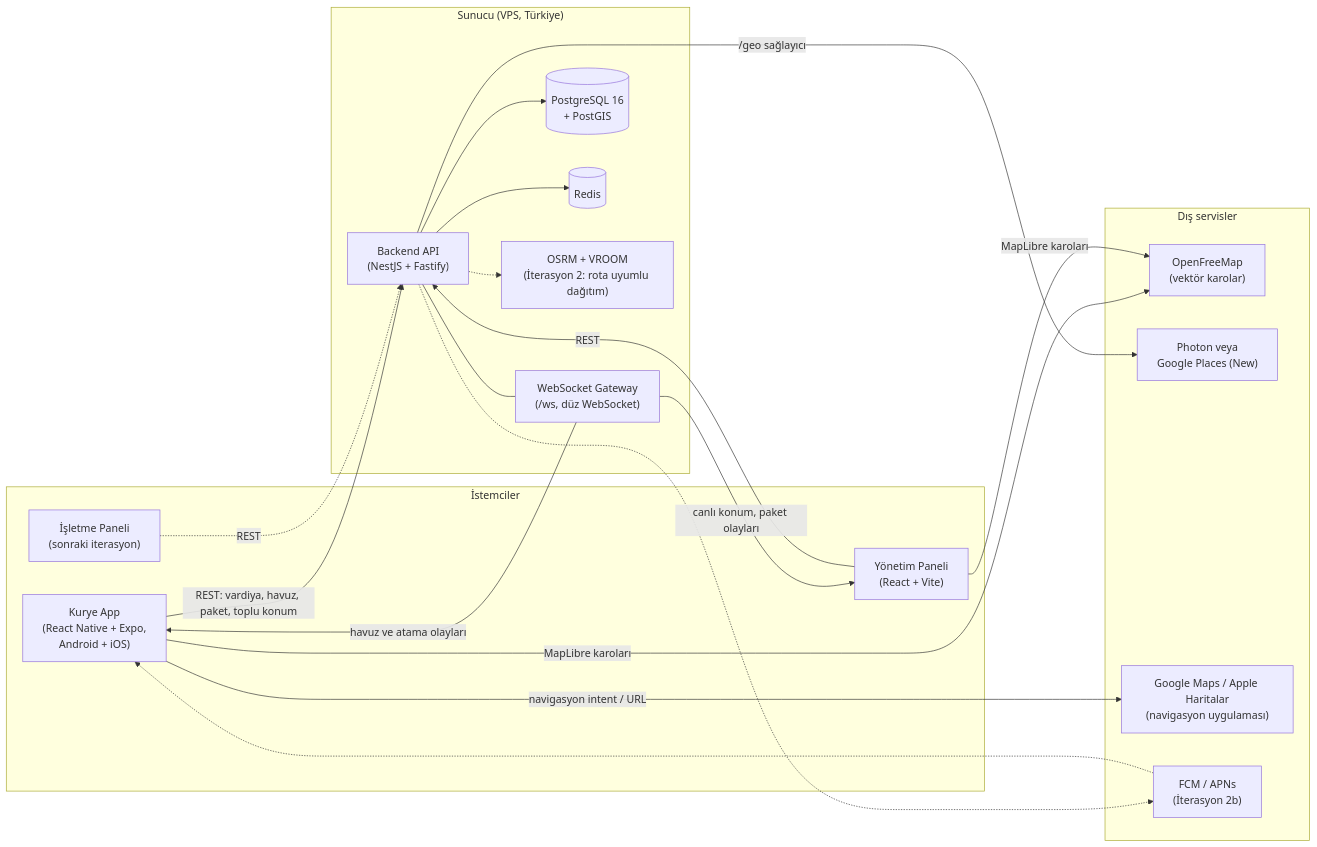
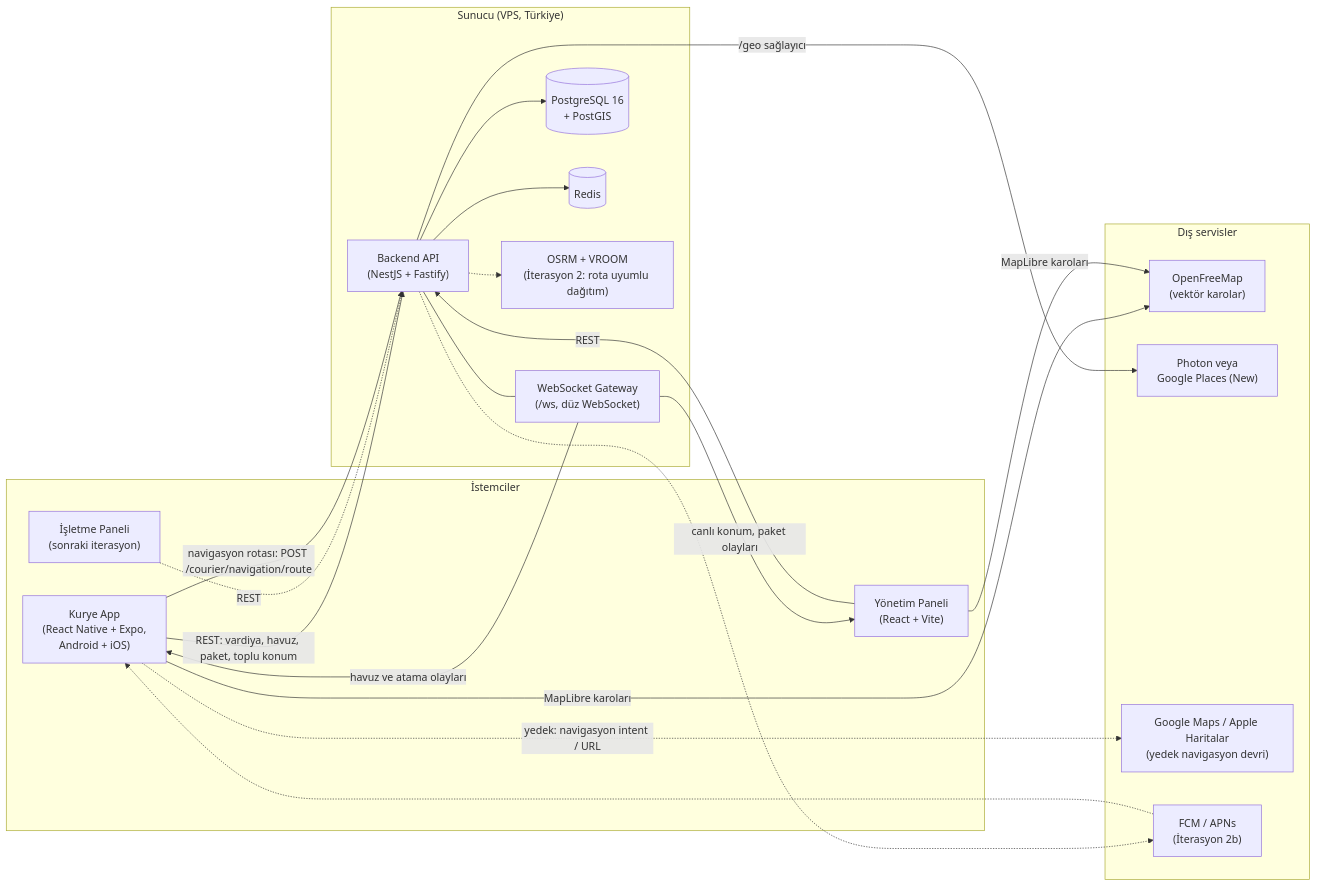
The first of 7 diagrams in docs/MIMARI.md (Kadir0642/kurye-yonetim-sistemi-showcase), drawn with Mermaid before and after one commit. The commit also changed other lines of this file and 30 other files, not shown here.

````diff
--- a/docs/MIMARI.md
+++ b/docs/MIMARI.md
@@ -26,39 +26,40 @@
 ```mermaid
 flowchart LR
     subgraph Istemciler["İstemciler"]
         KA["Kurye App<br/>(React Native + Expo,<br/>Android + iOS)"]
         YP["Yönetim Paneli<br/>(React + Vite)"]
         IP["İşletme Paneli<br/>(sonraki iterasyon)"]
     end
 
     subgraph Sunucu["Sunucu (VPS, Türkiye)"]
         API["Backend API<br/>(NestJS + Fastify)"]
         WS["WebSocket Gateway<br/>(/ws, düz WebSocket)"]
         PG[("PostgreSQL 16<br/>+ PostGIS")]
         RD[("Redis")]
         OSRM["OSRM + VROOM<br/>(İterasyon 2: rota uyumlu dağıtım)"]
     end
 
     subgraph Dis["Dış servisler"]
         OFM["OpenFreeMap<br/>(vektör karolar)"]
         GEO["Photon veya<br/>Google Places (New)"]
-        NAV["Google Maps / Apple Haritalar<br/>(navigasyon uygulaması)"]
+        NAV["Google Maps / Apple Haritalar<br/>(yedek navigasyon devri)"]
         PUSH["FCM / APNs<br/>(İterasyon 2b)"]
     end
 
     KA -->|"REST: vardiya, havuz, paket, toplu konum"| API
     YP -->|"REST"| API
     IP -.->|"REST"| API
     API --- WS
     WS -->|"canlı konum, paket olayları"| YP
     WS -->|"havuz ve atama olayları"| KA
     API --> PG
     API --> RD
     API -.-> OSRM
     API -->|"/geo sağlayıcı"| GEO
     KA -->|"MapLibre karoları"| OFM
     YP -->|"MapLibre karoları"| OFM
-    KA -->|"navigasyon intent / URL"| NAV
+    KA -->|"navigasyon rotası: POST /courier/navigation/route"| API
+    KA -.->|"yedek: navigasyon intent / URL"| NAV
     API -.-> PUSH
     PUSH -.-> KA
 ```
````
